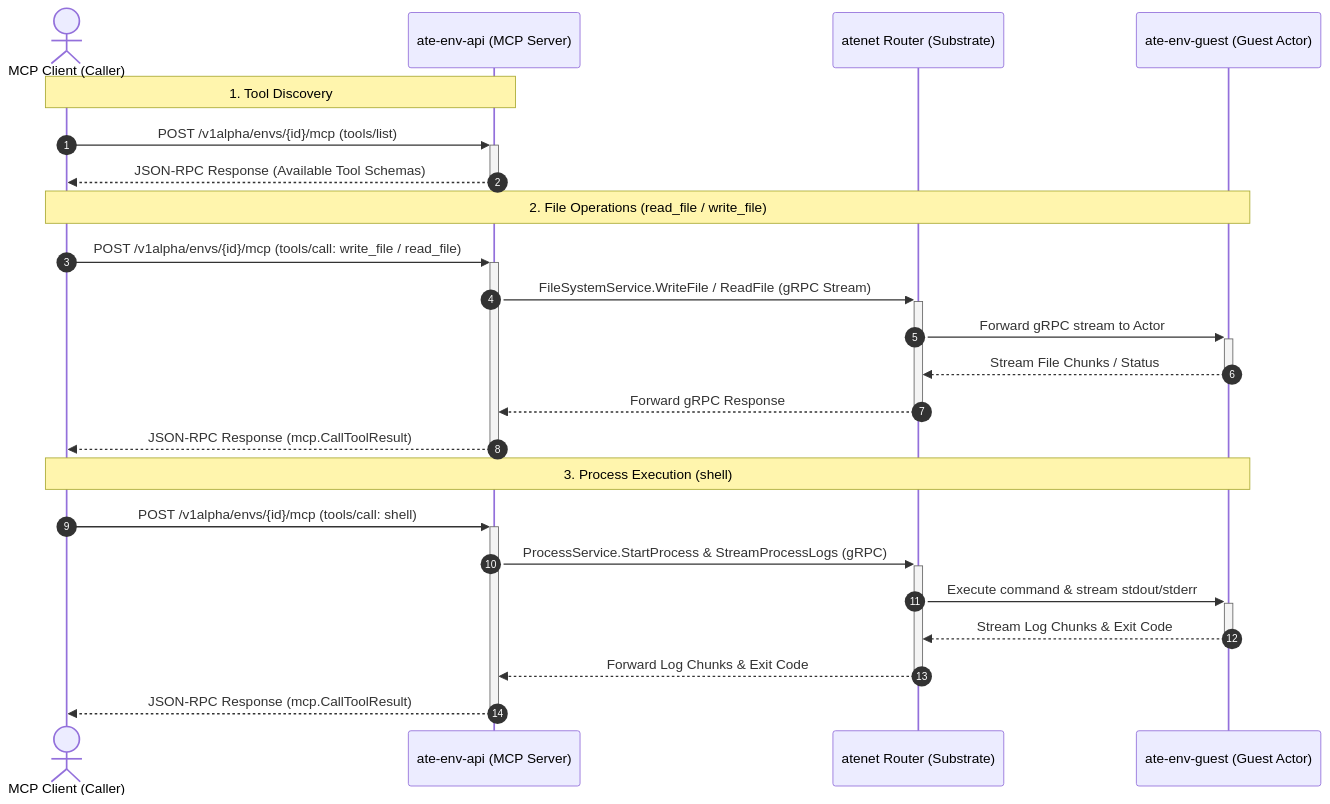
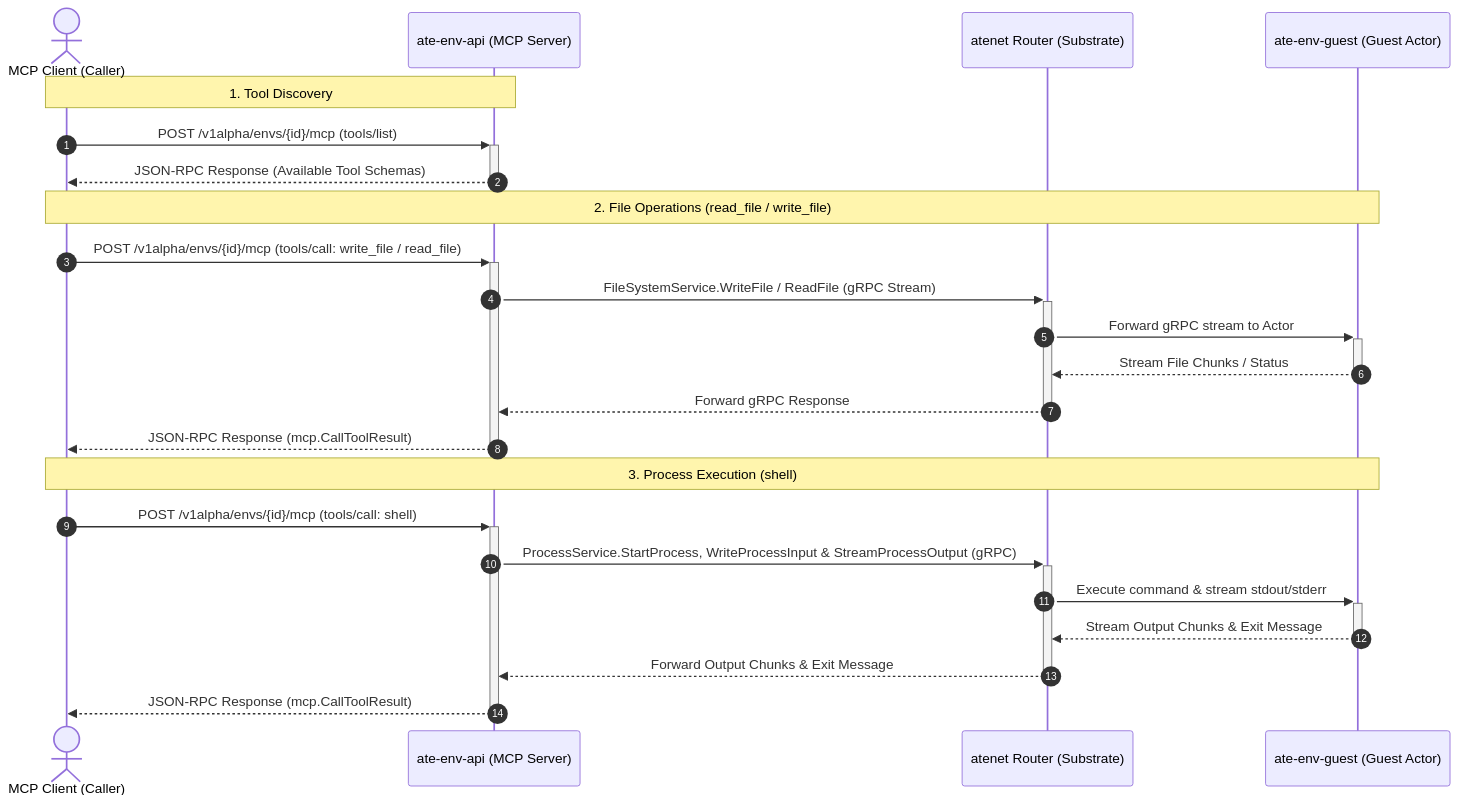
One commit to agent-substrate/env changed the diagram in examples/mcp/README.md. Above: the diagram before and after it, drawn with Mermaid. The commit also changed 39 other files, not shown here.

First line of the commit message:
Redesign guest ProcessService and FileSystemService (#65)

````diff
--- a/examples/mcp/README.md
+++ b/examples/mcp/README.md
@@ -11,28 +11,28 @@
 ```mermaid
 sequenceDiagram
     autonumber
     actor Client as MCP Client (Caller)
     participant API as ate-env-api (MCP Server)
     participant Router as atenet Router (Substrate)
     participant Guest as ate-env-guest (Guest Actor)
 
     Note over Client,API: 1. Tool Discovery
     Client->>+API: POST /v1alpha/envs/{id}/mcp (tools/list)
     API-->>-Client: JSON-RPC Response (Available Tool Schemas)
 
     Note over Client,Guest: 2. File Operations (read_file / write_file)
     Client->>+API: POST /v1alpha/envs/{id}/mcp (tools/call: write_file / read_file)
     API->>+Router: FileSystemService.WriteFile / ReadFile (gRPC Stream)
     Router->>+Guest: Forward gRPC stream to Actor
     Guest-->>-Router: Stream File Chunks / Status
     Router-->>-API: Forward gRPC Response
     API-->>-Client: JSON-RPC Response (mcp.CallToolResult)
 
     Note over Client,Guest: 3. Process Execution (shell)
     Client->>+API: POST /v1alpha/envs/{id}/mcp (tools/call: shell)
-    API->>+Router: ProcessService.StartProcess & StreamProcessLogs (gRPC)
+    API->>+Router: ProcessService.StartProcess, WriteProcessInput & StreamProcessOutput (gRPC)
     Router->>+Guest: Execute command & stream stdout/stderr
-    Guest-->>-Router: Stream Log Chunks & Exit Code
-    Router-->>-API: Forward Log Chunks & Exit Code
+    Guest-->>-Router: Stream Output Chunks & Exit Message
+    Router-->>-API: Forward Output Chunks & Exit Message
     API-->>-Client: JSON-RPC Response (mcp.CallToolResult)
 ```
````
